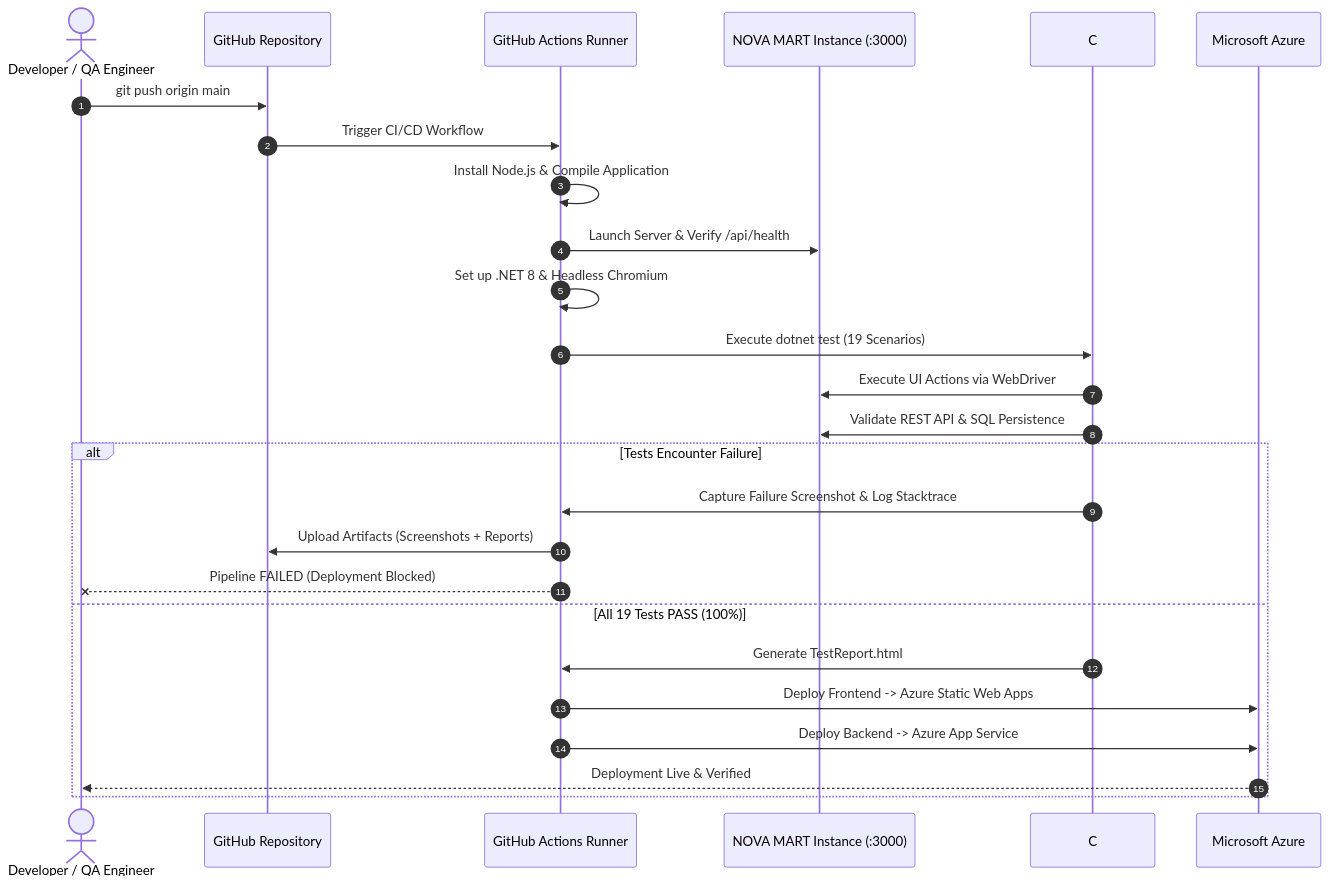
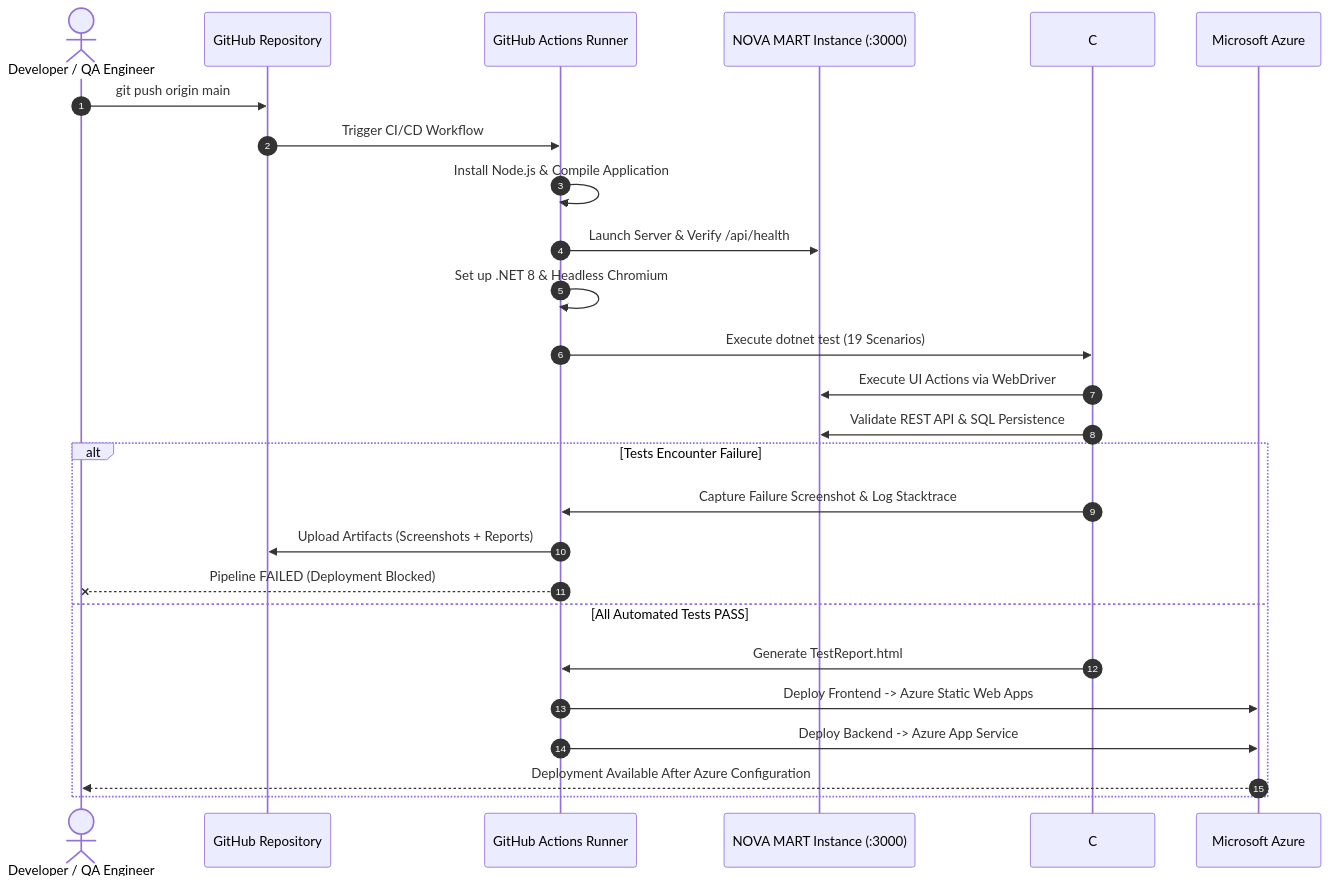
Before and after one commit to Karthisha-sriram/nova-mart: the second of 2 diagrams in README.md, drawn with Mermaid. The commit also changed other lines of this file, not shown here.

````diff
--- a/README.md
+++ b/README.md
@@ -211,30 +216,30 @@
 ```mermaid
 sequenceDiagram
     autonumber
     actor Dev as Developer / QA Engineer
     participant GH as GitHub Repository
     participant GHA as GitHub Actions Runner
     participant App as NOVA MART Instance (:3000)
     participant Tests as C# Selenium Automation
     participant Cloud as Microsoft Azure
 
     Dev->>GH: git push origin main
     GH->>GHA: Trigger CI/CD Workflow
     GHA->>GHA: Install Node.js & Compile Application
     GHA->>App: Launch Server & Verify /api/health
     GHA->>GHA: Set up .NET 8 & Headless Chromium
     GHA->>Tests: Execute dotnet test (19 Scenarios)
     Tests->>App: Execute UI Actions via WebDriver
     Tests->>App: Validate REST API & SQL Persistence
-    
+
     alt Tests Encounter Failure
         Tests->>GHA: Capture Failure Screenshot & Log Stacktrace
         GHA->>GH: Upload Artifacts (Screenshots + Reports)
         GHA--xDev: Pipeline FAILED (Deployment Blocked)
-    else All 19 Tests PASS (100%)
+    else All Automated Tests PASS
         Tests->>GHA: Generate TestReport.html
         GHA->>Cloud: Deploy Frontend -> Azure Static Web Apps
         GHA->>Cloud: Deploy Backend -> Azure App Service
-        Cloud-->>Dev: Deployment Live & Verified
+        Cloud-->>Dev: Deployment Available After Azure Configuration
     end
 ```
````
